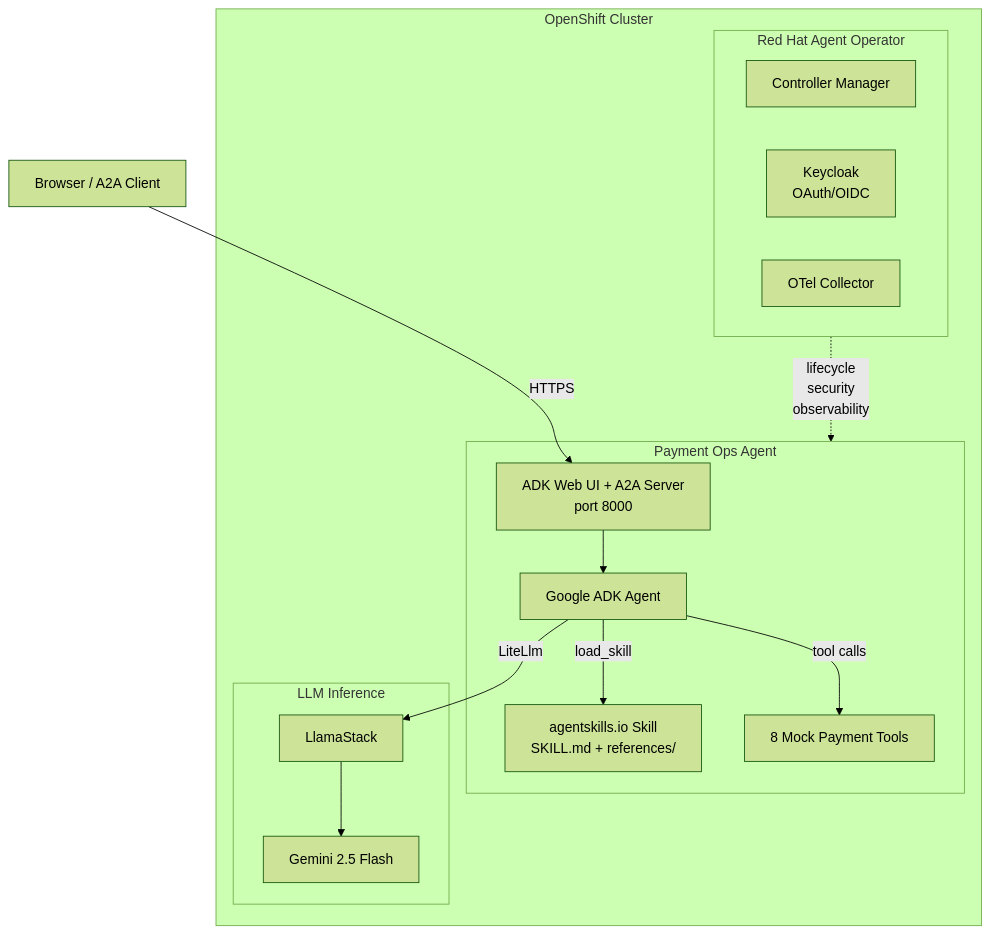
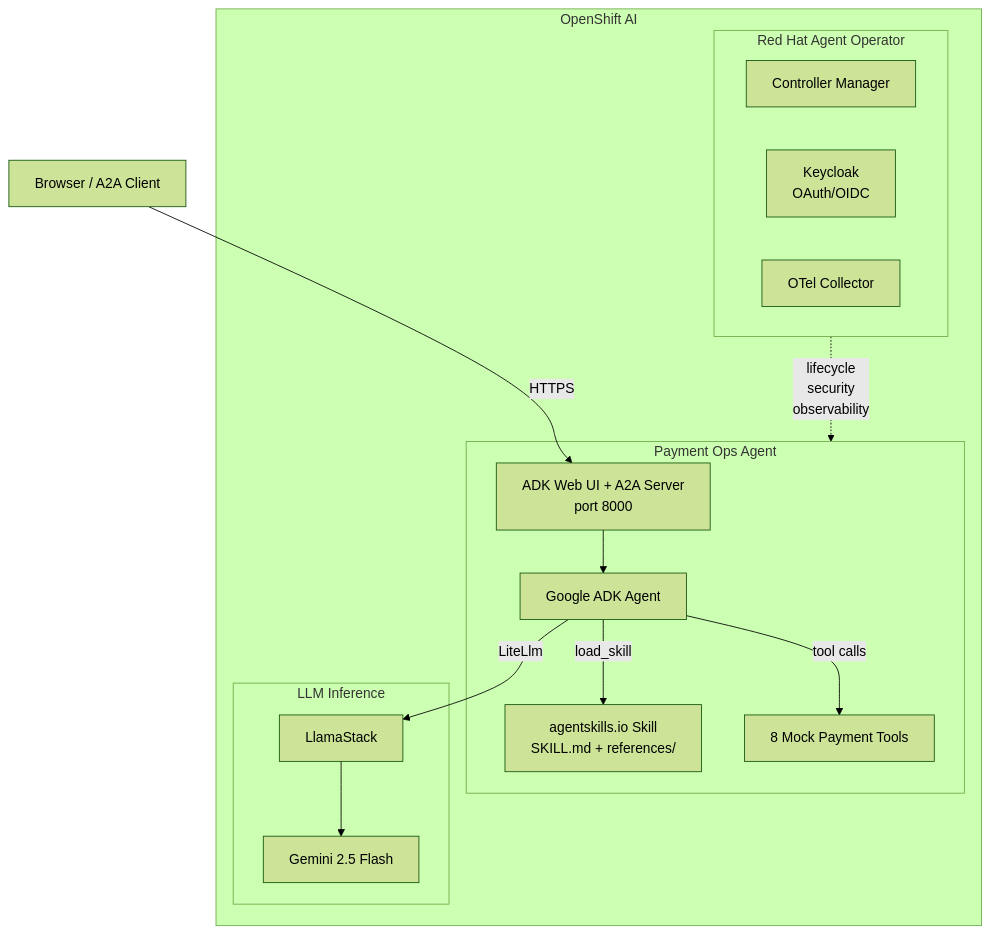
The first of 4 diagrams in README.md (rrbanda/rhs26-payments-demo), drawn with Mermaid (forest theme) before and after one commit. The commit also changed other lines of this file and 1 other file, not shown here.

Commit message:
Rename OpenShift to OpenShift AI in architecture and narrative

````diff
--- a/README.md
+++ b/README.md
@@ -92,30 +92,30 @@
 ```mermaid
 flowchart TB
-    subgraph cluster ["OpenShift Cluster"]
+    subgraph cluster ["OpenShift AI"]
         subgraph kagenti ["Red Hat Agent Operator"]
             controller["Controller Manager"]
             keycloak["Keycloak\nOAuth/OIDC"]
             otel["OTel Collector"]
         end
 
         subgraph agentPod ["Payment Ops Agent"]
             adkWeb["ADK Web UI + A2A Server\nport 8000"]
             agent["Google ADK Agent"]
             skill["agentskills.io Skill\nSKILL.md + references/"]
             tools["8 Mock Payment Tools"]
         end
 
         subgraph llm ["LLM Inference"]
             llamastack["LlamaStack"]
             gemini["Gemini 2.5 Flash"]
         end
     end
 
     browser["Browser / A2A Client"] -->|"HTTPS"| adkWeb
     adkWeb --> agent
     agent -->|"load_skill"| skill
     agent -->|"tool calls"| tools
     agent -->|"LiteLlm"| llamastack
     llamastack --> gemini
     kagenti -.->|"lifecycle\nsecurity\nobservability"| agentPod
 ```
````
